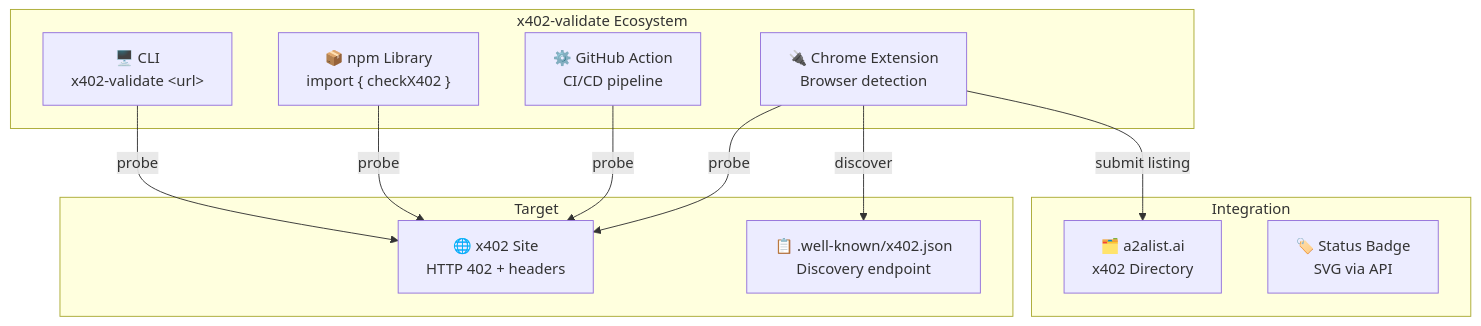
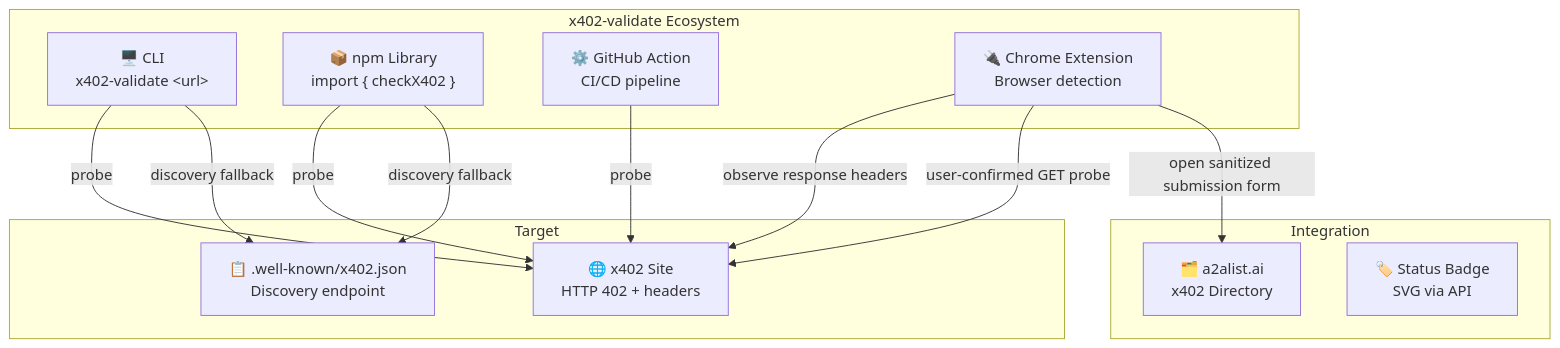
One commit to suryast/x402-check changed the first of 4 diagrams in README.md. Above: the diagram before and after it, drawn with Mermaid. The commit also changed other lines of this file and 37 other files, not shown here.

````diff
--- a/README.md
+++ b/README.md
@@ -22,26 +24,28 @@
 ```mermaid
 graph TB
     subgraph "x402-validate Ecosystem"
         CLI["🖥️ CLI<br/>x402-validate &lt;url&gt;"]
         LIB["📦 npm Library<br/>import { checkX402 }"]
         ACTION["⚙️ GitHub Action<br/>CI/CD pipeline"]
         EXT["🔌 Chrome Extension<br/>Browser detection"]
     end
 
     subgraph "Target"
         SITE["🌐 x402 Site<br/>HTTP 402 + headers"]
         WELL["📋 .well-known/x402.json<br/>Discovery endpoint"]
     end
 
     subgraph "Integration"
         A2A["🗂️ a2alist.ai<br/>x402 Directory"]
         BADGE["🏷️ Status Badge<br/>SVG via API"]
     end
 
     CLI -->|probe| SITE
     LIB -->|probe| SITE
     ACTION -->|probe| SITE
-    EXT -->|probe| SITE
-    EXT -->|discover| WELL
-    EXT -->|submit listing| A2A
+    CLI -->|discovery fallback| WELL
+    LIB -->|discovery fallback| WELL
+    EXT -->|observe response headers| SITE
+    EXT -->|user-confirmed GET probe| SITE
+    EXT -->|open sanitized submission form| A2A
 ```
````
